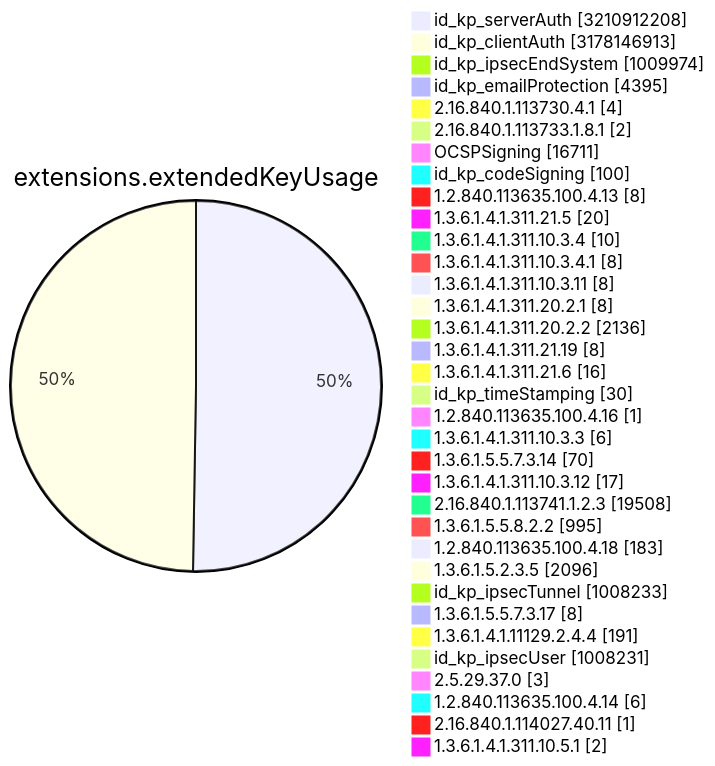
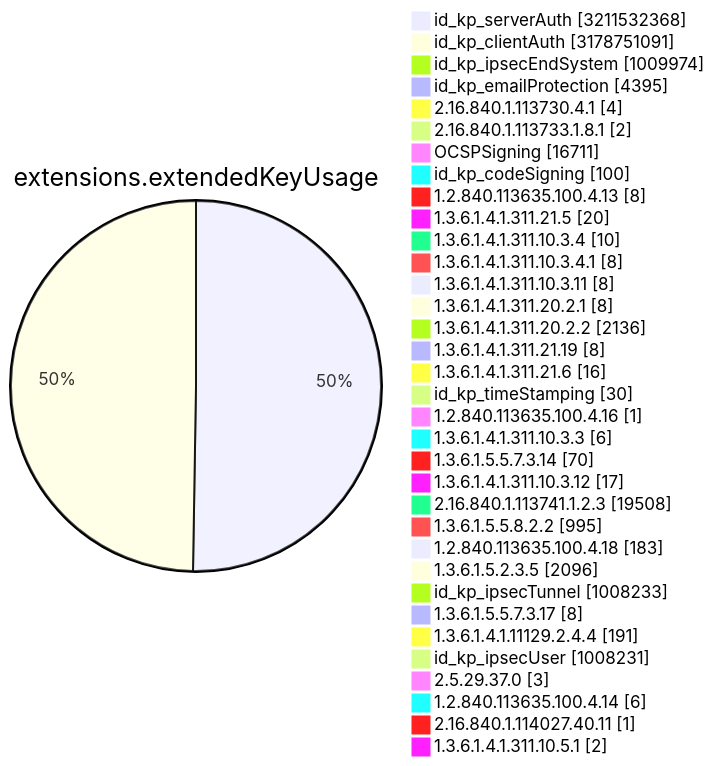
One commit to christiankrug/ctmonitor_visualization changed diagram 11 of 15 in TOTAL/README.md. Above: the diagram before and after it, drawn with Mermaid. The commit also changed other lines of this file, not shown here.

````diff
--- a/TOTAL/README.md
+++ b/TOTAL/README.md
@@ -4119,38 +4119,38 @@
 ```mermaid
 pie showData
 title extensions.extendedKeyUsage
-"id_kp_serverAuth" :3210912208
-"id_kp_clientAuth" :3178146913
+"id_kp_serverAuth" :3211532368
+"id_kp_clientAuth" :3178751091
 "id_kp_ipsecEndSystem" :1009974
 "id_kp_emailProtection" :4395
 "2.16.840.1.113730.4.1" :4
 "2.16.840.1.113733.1.8.1" :2
 "OCSPSigning" :16711
 "id_kp_codeSigning" :100
 "1.2.840.113635.100.4.13" :8
 "1.3.6.1.4.1.311.21.5" :20
 "1.3.6.1.4.1.311.10.3.4" :10
 "1.3.6.1.4.1.311.10.3.4.1" :8
 "1.3.6.1.4.1.311.10.3.11" :8
 "1.3.6.1.4.1.311.20.2.1" :8
 "1.3.6.1.4.1.311.20.2.2" :2136
 "1.3.6.1.4.1.311.21.19" :8
 "1.3.6.1.4.1.311.21.6" :16
 "id_kp_timeStamping" :30
 "1.2.840.113635.100.4.16" :1
 "1.3.6.1.4.1.311.10.3.3" :6
 "1.3.6.1.5.5.7.3.14" :70
 "1.3.6.1.4.1.311.10.3.12" :17
 "2.16.840.1.113741.1.2.3" :19508
 "1.3.6.1.5.5.8.2.2" :995
 "1.2.840.113635.100.4.18" :183
 "1.3.6.1.5.2.3.5" :2096
 "id_kp_ipsecTunnel" :1008233
 "1.3.6.1.5.5.7.3.17" :8
 "1.3.6.1.4.1.11129.2.4.4" :191
 "id_kp_ipsecUser" :1008231
 "2.5.29.37.0" :3
 "1.2.840.113635.100.4.14" :6
 "2.16.840.1.114027.40.11" :1
 "1.3.6.1.4.1.311.10.5.1" :2
 ```
````
